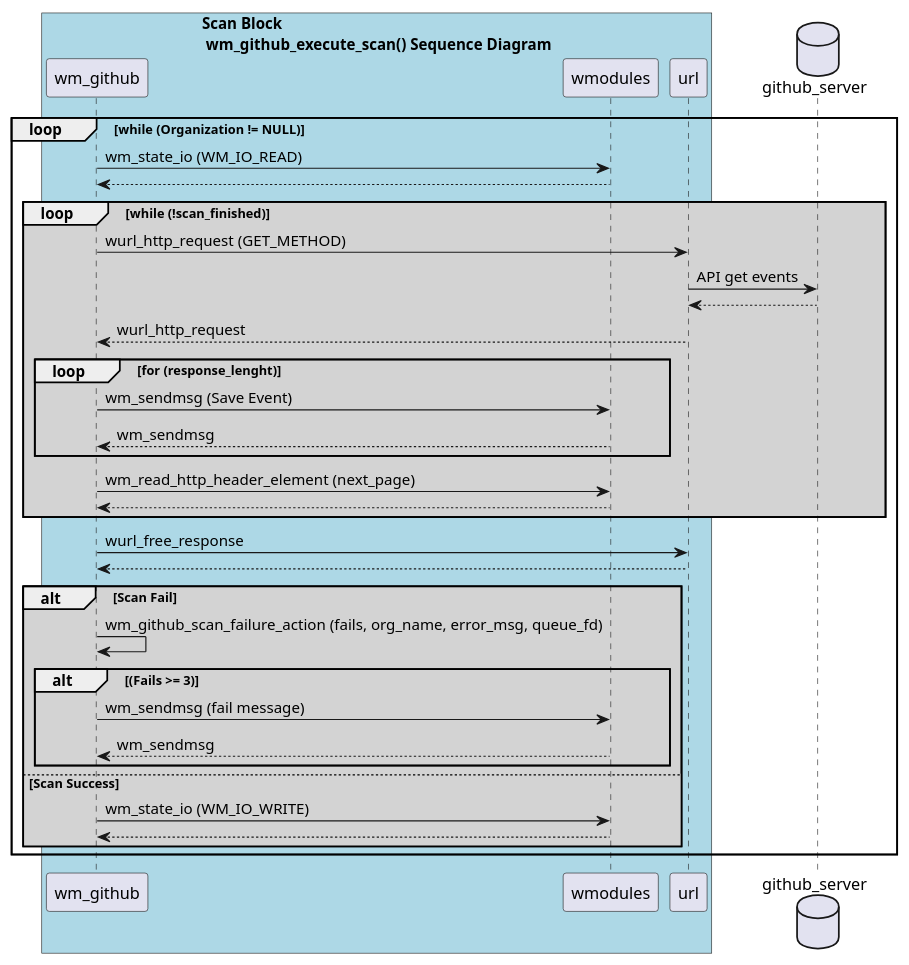
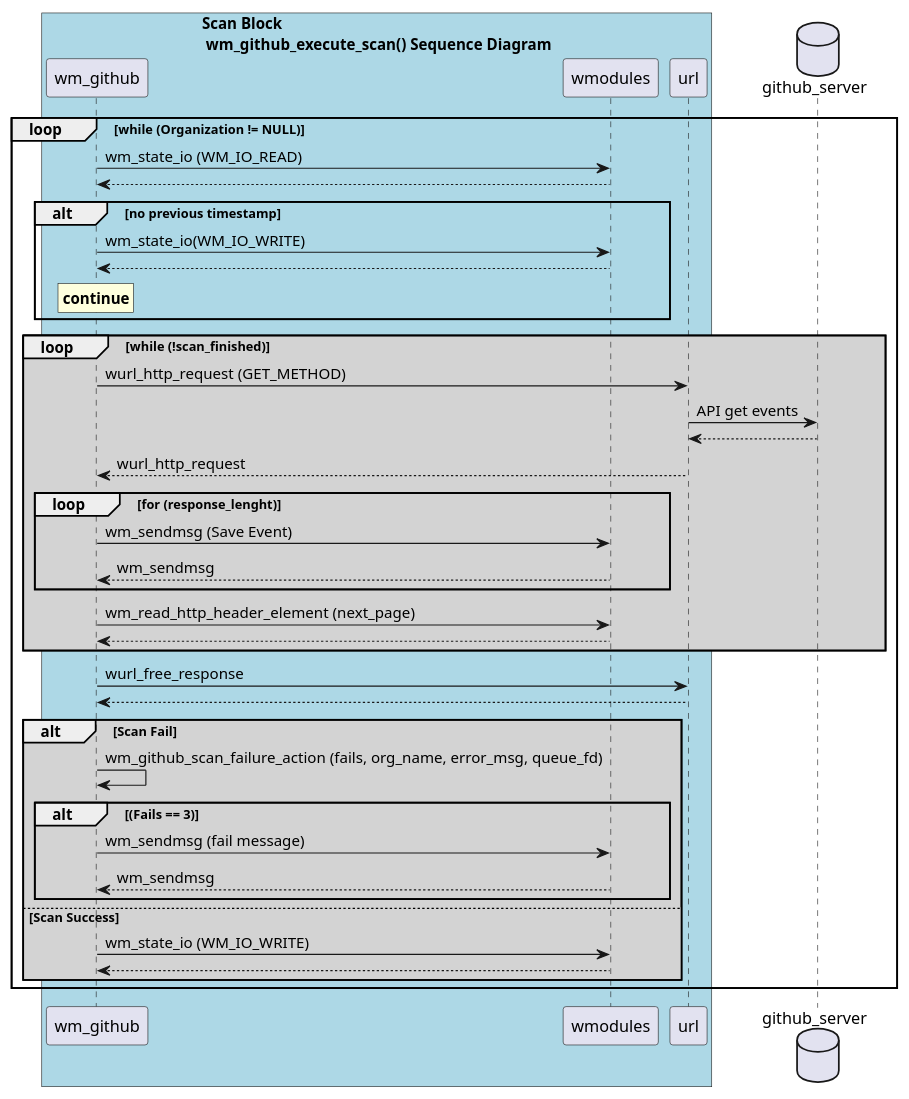
Before and after one commit to wazuh/wazuh-agent: the diagram in architecture/wm_github/002-sequence-scan-block.puml, drawn with PlantUML.

Commit message:
Added no previous timestatus alt

```diff
--- a/architecture/wm_github/002-sequence-scan-block.puml
+++ b/architecture/wm_github/002-sequence-scan-block.puml
@@ -4,41 +4,48 @@
 @startuml wm_github
 
     box "Scan Block \n wm_github_execute_scan() Sequence Diagram" #LightBlue
     participant wm_github
     participant wmodules
     participant url
     end box
 
     loop while (Organization != NULL)
         wm_github -> wmodules : wm_state_io (WM_IO_READ)
         wm_github <-- wmodules
+
+        alt no previous timestamp
+            wm_github -> wmodules : wm_state_io(WM_IO_WRITE)
+            wm_github <-- wmodules
+            rnote over wm_github: **continue**
+        end
+
         loop #LightGrey while (!scan_finished)
 
             wm_github -> url : wurl_http_request (GET_METHOD)
             database github_server
             url -> github_server : API get events
             url <-- github_server
             wm_github <-- url : wurl_http_request 
             loop for (response_lenght)
                 wm_github -> wmodules : wm_sendmsg (Save Event)
                 wm_github <-- wmodules : wm_sendmsg
             end
 
             wm_github -> wmodules : wm_read_http_header_element (next_page)
             wm_github <-- wmodules
         end
         wm_github -> url : wurl_free_response
         wm_github <-- url
 
         alt #LightGrey Scan Fail
             wm_github -> wm_github : wm_github_scan_failure_action (fails, org_name, error_msg, queue_fd)
-            alt (Fails >= 3)
+            alt (Fails == 3)
                 wm_github -> wmodules : wm_sendmsg (fail message)
                 wm_github <-- wmodules : wm_sendmsg
             end
         else Scan Success
             wm_github -> wmodules : wm_state_io (WM_IO_WRITE)
             wm_github <-- wmodules
         end
     end
 @enduml
```
